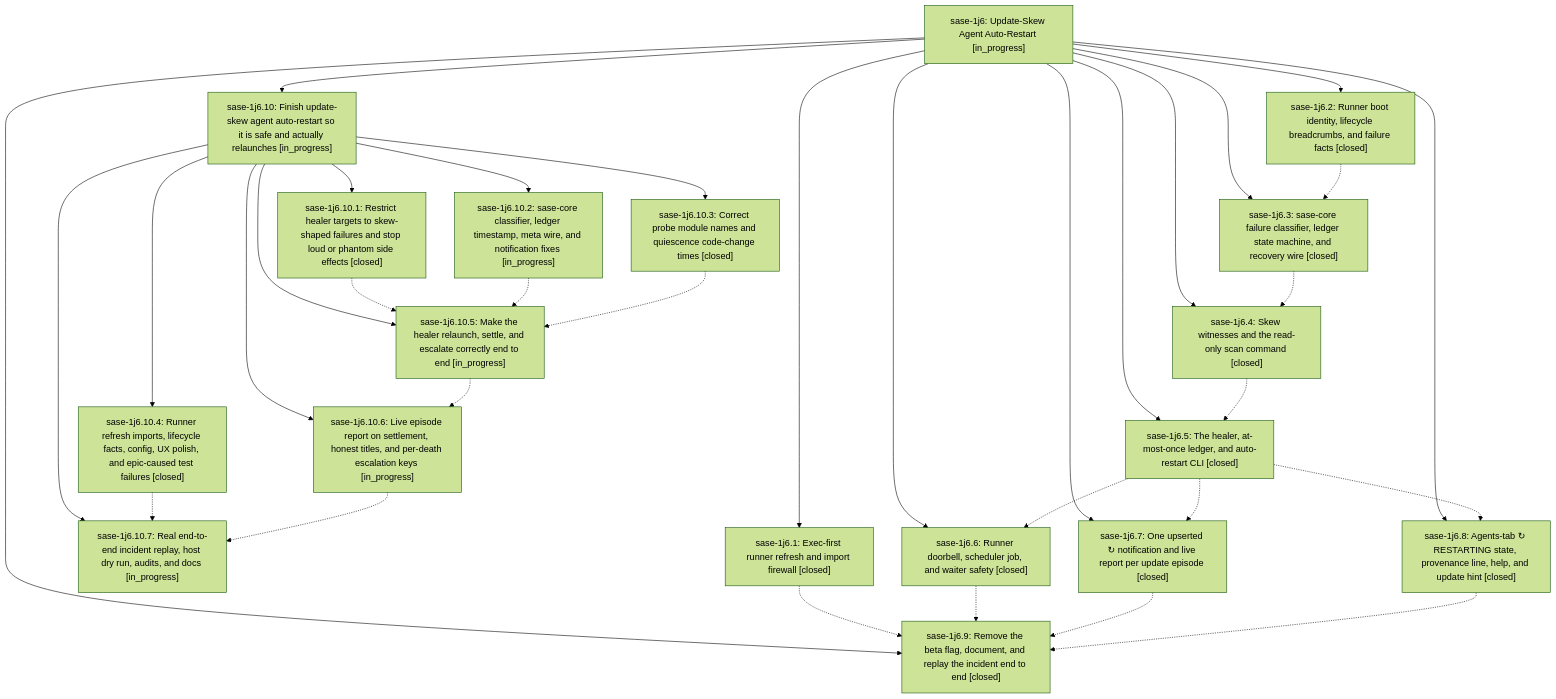
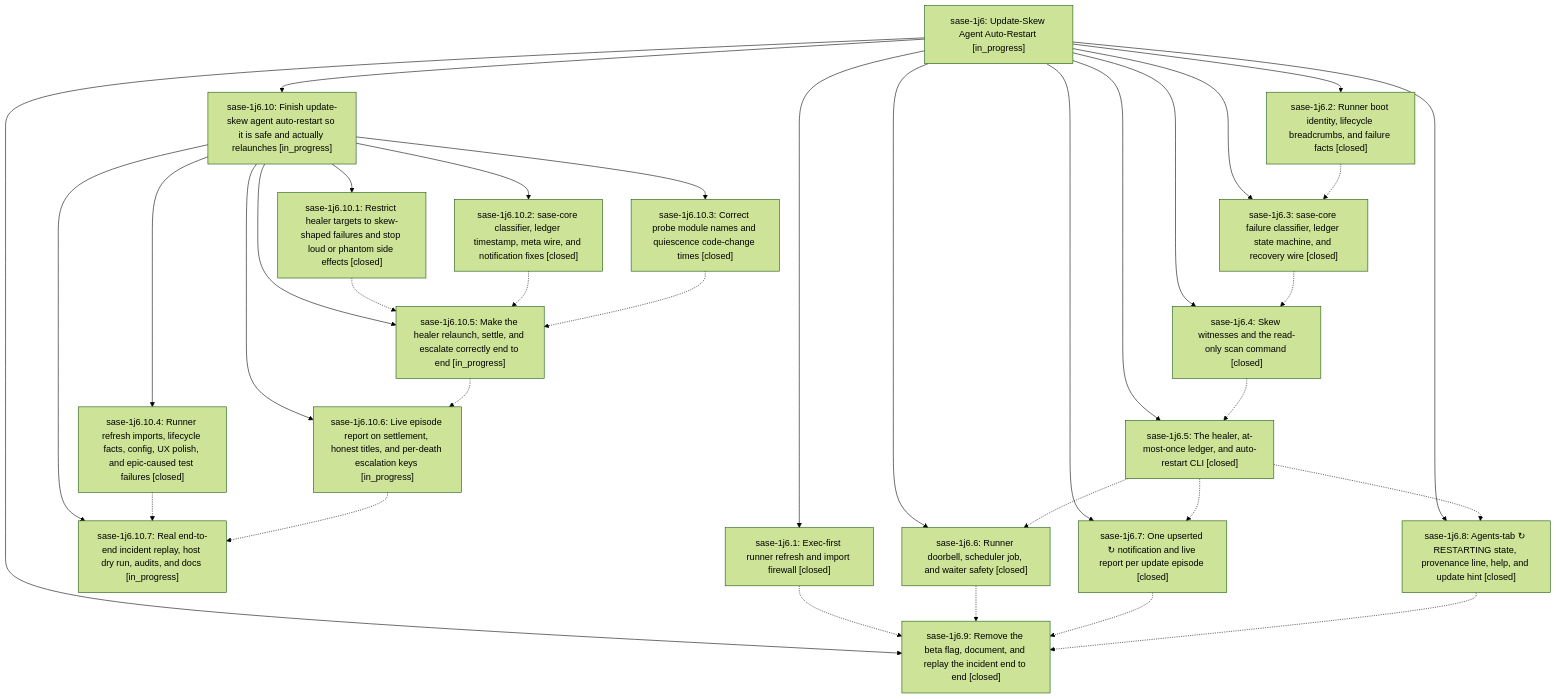
Before and after one commit to sase-org/sase--beads: the diagram in pages/sase-1j6/README.md, drawn with Mermaid (forest theme). The commit also changed other lines of this file and 6 other files, not shown here.

````diff
--- a/pages/sase-1j6/README.md
+++ b/pages/sase-1j6/README.md
@@ -50,54 +50,54 @@
 ```mermaid
 flowchart TD
     n0["sase-1j6: Update-Skew Agent Auto-Restart [in_progress]"]
     n1["sase-1j6.1: Exec-first runner refresh and import firewall [closed]"]
     n2["sase-1j6.10: Finish update-skew agent auto-restart so it is safe and actually relaunches [in_progress]"]
     n3["sase-1j6.10.1: Restrict healer targets to skew-shaped failures and stop loud or phantom side effects [closed]"]
-    n4["sase-1j6.10.2: sase-core classifier, ledger timestamp, meta wire, and notification fixes [in_progress]"]
+    n4["sase-1j6.10.2: sase-core classifier, ledger timestamp, meta wire, and notification fixes [closed]"]
     n5["sase-1j6.10.3: Correct probe module names and quiescence code-change times [closed]"]
     n6["sase-1j6.10.4: Runner refresh imports, lifecycle facts, config, UX polish, and epic-caused test failures [closed]"]
     n7["sase-1j6.10.5: Make the healer relaunch, settle, and escalate correctly end to end [in_progress]"]
     n8["sase-1j6.10.6: Live episode report on settlement, honest titles, and per-death escalation keys [in_progress]"]
     n9["sase-1j6.10.7: Real end-to-end incident replay, host dry run, audits, and docs [in_progress]"]
     n10["sase-1j6.2: Runner boot identity, lifecycle breadcrumbs, and failure facts [closed]"]
     n11["sase-1j6.3: sase-core failure classifier, ledger state machine, and recovery wire [closed]"]
     n12["sase-1j6.4: Skew witnesses and the read-only scan command [closed]"]
     n13["sase-1j6.5: The healer, at-most-once ledger, and auto-restart CLI [closed]"]
     n14["sase-1j6.6: Runner doorbell, scheduler job, and waiter safety [closed]"]
     n15["sase-1j6.7: One upserted ↻ notification and live report per update episode [closed]"]
     n16["sase-1j6.8: Agents-tab ↻ RESTARTING state, provenance line, help, and update hint [closed]"]
     n17["sase-1j6.9: Remove the beta flag, document, and replay the incident end to end [closed]"]
     n0 --> n1
     n0 --> n2
     n2 --> n3
     n2 --> n4
     n2 --> n5
     n2 --> n6
     n2 --> n7
     n2 --> n8
     n2 --> n9
     n0 --> n10
     n0 --> n11
     n0 --> n12
     n0 --> n13
     n0 --> n14
     n0 --> n15
     n0 --> n16
     n0 --> n17
     n1 -.-> n17
     n3 -.-> n7
     n4 -.-> n7
     n5 -.-> n7
     n6 -.-> n9
     n7 -.-> n8
     n8 -.-> n9
     n10 -.-> n11
     n11 -.-> n12
     n12 -.-> n13
     n13 -.-> n14
     n13 -.-> n15
     n13 -.-> n16
     n14 -.-> n17
     n15 -.-> n17
     n16 -.-> n17
 ```
````
